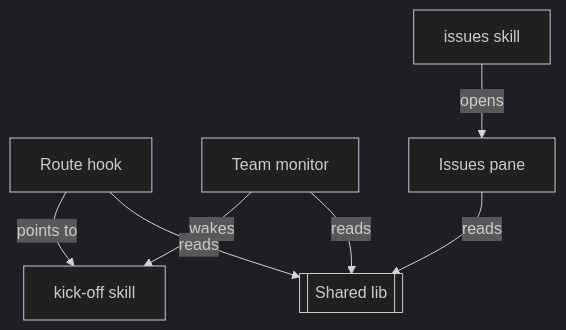
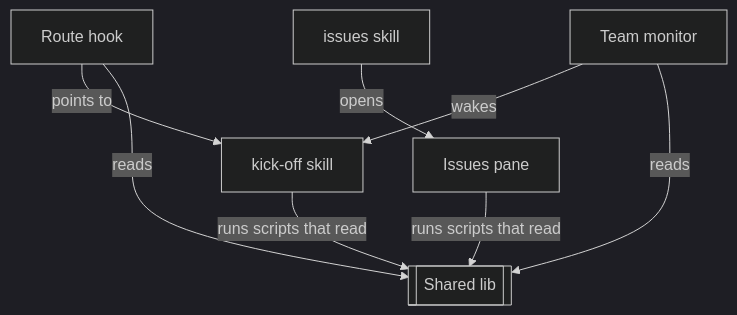
The first of 3 diagrams in README.md (kalaluthien/mumu-claude-plugin), drawn with Mermaid (dark theme) before and after one commit. The commit also changed other lines of this file, not shown here.

Commit message:
Fix the diagram edges the judge found (#805)
Claude-Session: https://claude.ai/code/session_01EaHKXjmnTHjh8aDvTGBuVo

````diff
--- a/README.md
+++ b/README.md
@@ -31,15 +31,16 @@
 ```mermaid
 flowchart TB
   n_hook["Route hook"]
   n_monitor["Team monitor"]
   n_pane["Issues pane"]
   n_kick["kick-off skill"]
   n_issues["issues skill"]
   n_lib[["Shared lib"]]
   n_hook -->|"points to"| n_kick
   n_monitor -->|"wakes"| n_kick
   n_issues -->|"opens"| n_pane
   n_hook -->|"reads"| n_lib
   n_monitor -->|"reads"| n_lib
-  n_pane -->|"reads"| n_lib
+  n_pane -->|"runs scripts that read"| n_lib
+  n_kick -->|"runs scripts that read"| n_lib
 ```
````
